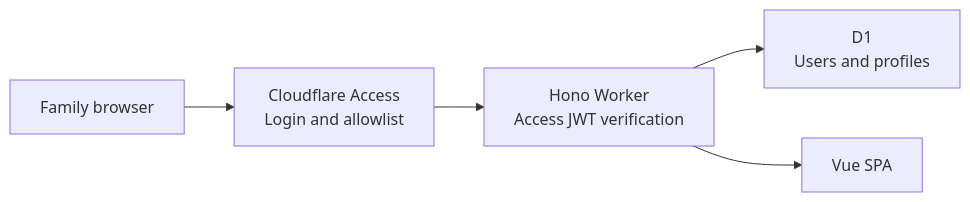
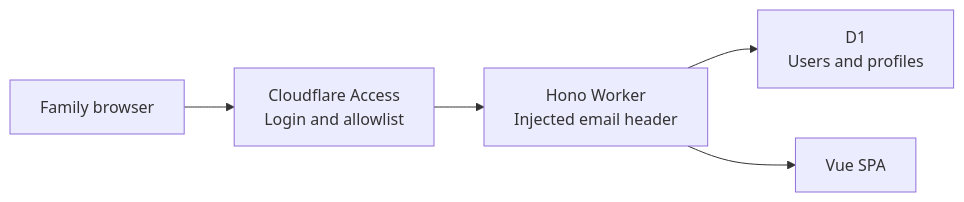
One commit to txchen/simple_cfw_template changed the diagram in README.md. Above: the diagram before and after it, drawn with Mermaid. The commit also changed other lines of this file and 7 other files, not shown here.

````diff
--- a/README.md
+++ b/README.md
@@ -15,7 +15,7 @@
 ```mermaid
 flowchart LR
     Browser["Family browser"] --> Access["Cloudflare Access<br/>Login and allowlist"]
-    Access --> Worker["Hono Worker<br/>Access JWT verification"]
+    Access --> Worker["Hono Worker<br/>Injected email header"]
     Worker --> D1["D1<br/>Users and profiles"]
     Worker --> Vue["Vue SPA"]
 ```
````
